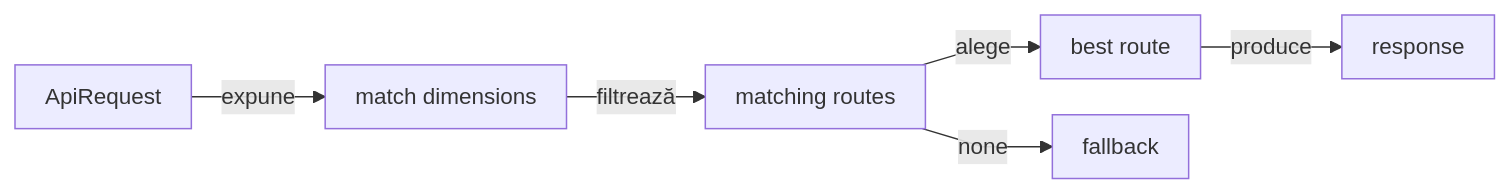
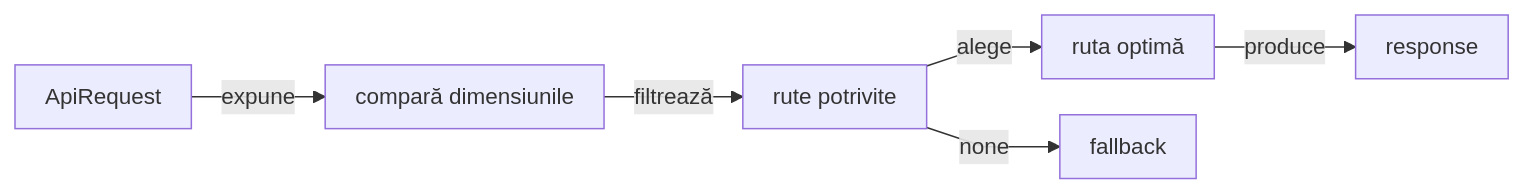
One commit to crististefanita/atf_j0 changed the third of 3 diagrams in atf-mock/README.md. Above: the diagram before and after it, drawn with Mermaid. The commit also changed other lines of this file and 113 other files, not shown here.

````diff
--- a/atf-mock/README.md
+++ b/atf-mock/README.md
@@ -160,9 +167,9 @@
 ```mermaid
 %%{init: {"themeVariables":{"fontSize":"15px"},"themeCSS":".nodeLabel, .nodeLabel p { font-size: 15px !important; line-height: 1.35 !important; } .edgeLabel, .edgeLabel p { font-size: 12px !important; font-weight: 400 !important; line-height: 1.2 !important; } .edgeLabel .labelBkg, .edgeLabel p { background: transparent !important; } .edgeLabel foreignObject { transform: translateY(-18px); overflow: visible; } .node rect { rx: 6px; ry: 6px; }","flowchart":{"curve":"linear","nodeSpacing":24,"rankSpacing":40,"padding":10,"diagramPadding":16}}}%%
 flowchart LR
-    Request["ApiRequest"] -->|expune| Dimensions["match dimensions"]
-    Dimensions -->|filtrează| Candidate["matching routes"]
-    Candidate -->|alege| Specific["best route"]
+    Request["ApiRequest"] -->|expune| Dimensions["compară dimensiunile"]
+    Dimensions -->|filtrează| Candidate["rute potrivite"]
+    Candidate -->|alege| Specific["ruta optimă"]
     Specific -->|produce| Response["response"]
     Candidate -->|"none"| Fallback["fallback"]
 ```
````
